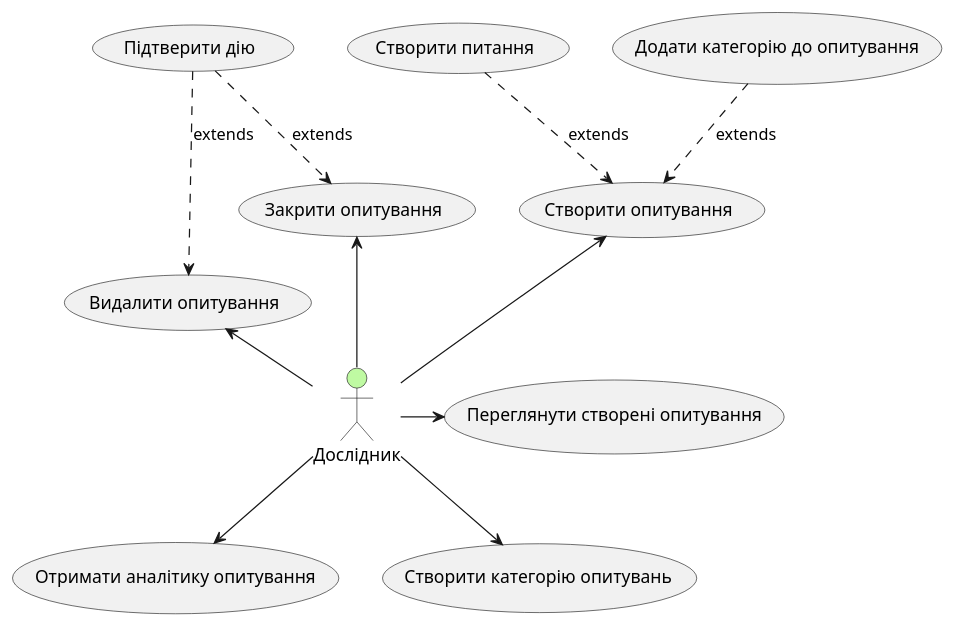
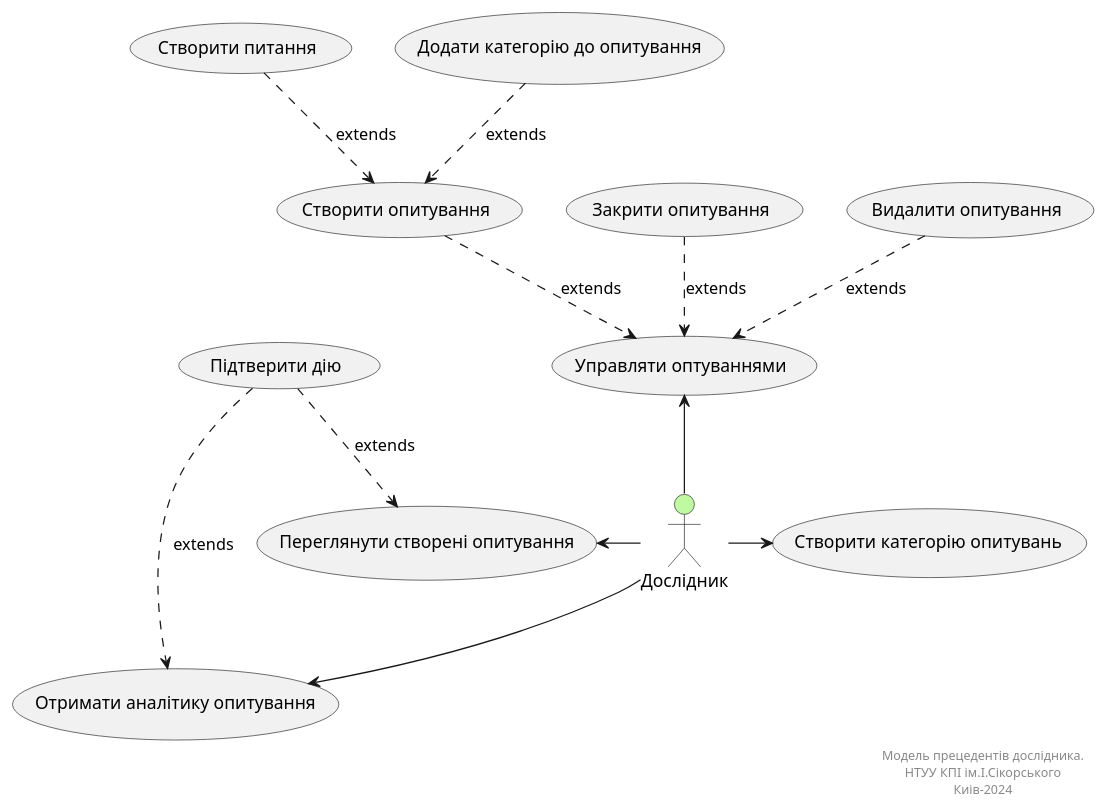
The second of 2 diagrams in docs/use_cases.md (generalmaks/db_labs), drawn with PlantUML before and after one commit. The commit also changed other lines of this file, not shown here.

Commit message:
Update diagrams

````diff
--- a/docs/use_cases.md
+++ b/docs/use_cases.md
@@ -85,30 +81,42 @@
 ```plantuml
 @startuml
     actor "Дослідник" as Researcher #bffaa2
     
-    usecase "Створити опитування" as UC_1.1
-    usecase "Закрити опитування" as UC_1.2
-    usecase "Видалити опитування" as UC_1.3
-    usecase "Отримати аналітику опитування" as UC_1.4
-    usecase "Переглянути створені опитування" as UC_1.5
-    usecase "Створити категорію опитувань" as UC_1.6
+    usecase "Управляти оптуваннями" as UC_1.1
     
-    usecase "Створити питання" as UC_1.1.1
-    usecase "Додати категорію до опитування" as UC_1.1.2
+    usecase "Створити опитування" as UC_1.1.1
+    usecase "Закрити опитування" as UC_1.1.2
+    usecase "Видалити опитування" as UC_1.1.3
+    
+    usecase "Отримати аналітику опитування" as UC_1.2
+    usecase "Переглянути створені опитування" as UC_1.3
+    usecase "Створити категорію опитувань" as UC_1.4
+    
+    usecase "Створити питання" as UC_1.1.1.1
+    usecase "Додати категорію до опитування" as UC_1.1.1.2
     
     usecase "Підтверити дію" as UC_1.2.1
     
     Researcher -up-> UC_1.1
-    Researcher -up-> UC_1.2
+    Researcher -down-> UC_1.2
     Researcher -left-> UC_1.3
-    Researcher --> UC_1.4
-    Researcher -right-> UC_1.5
-    Researcher --> UC_1.6
+    Researcher -right-> UC_1.4
     
     UC_1.1.1 ..> UC_1.1 :extends
     UC_1.1.2 ..> UC_1.1 :extends
+    UC_1.1.3 ..> UC_1.1 :extends
+    
+    UC_1.1.1.1 ..> UC_1.1.1 :extends
+    UC_1.1.1.2 ..> UC_1.1.1 :extends
+    
     UC_1.2.1 ..> UC_1.2 :extends
     UC_1.2.1 ..> UC_1.3 :extends
     
+    right footer
+        Модель прецедентів дослідника.
+        НТУУ КПІ ім.І.Сікорського
+        Киів-2024
+    end footer
+    
 @enduml
 ```
````
